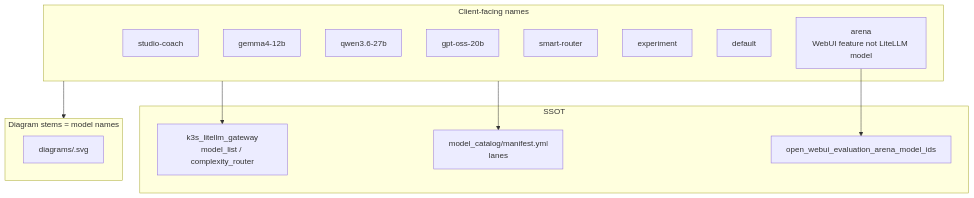
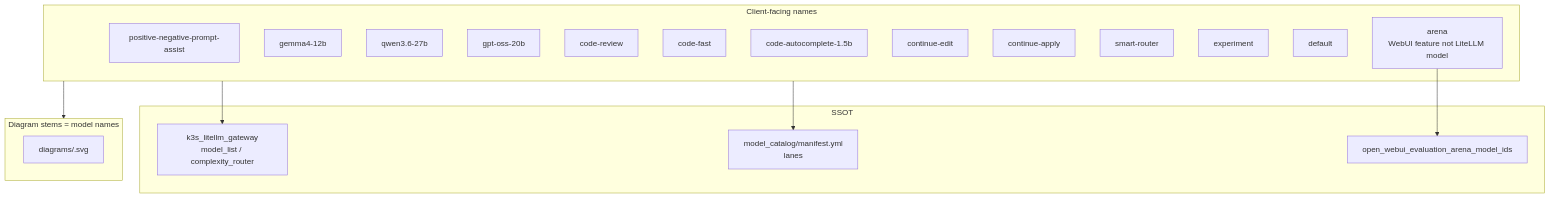
The third of 3 diagrams in docs/plans/2026-08-06--open-webui-litellm-model-route-diagrams-implemented/README.md (doesitscript/dotfile-vnext), drawn with Mermaid before and after one commit. The commit also changed other lines of this file and 69 other files, not shown here.

Commit message:
feat(ai-stack): add coding routes and rename prompt-assist lane

````diff
--- a/docs/plans/2026-08-06--open-webui-litellm-model-route-diagrams-implemented/README.md
+++ b/docs/plans/2026-08-06--open-webui-litellm-model-route-diagrams-implemented/README.md
@@ -242,28 +291,33 @@
 ```mermaid
 flowchart TB
   subgraph names["Client-facing names"]
-    n1["studio-coach"]
+    n1["positive-negative-prompt-assist"]
     n2["gemma4-12b"]
     n3["qwen3.6-27b"]
     n4["gpt-oss-20b"]
-    n5["smart-router"]
-    n6["experiment"]
-    n7["default"]
-    n8["arena\nWebUI feature not LiteLLM model"]
+    n5["code-review"]
+    n6["code-fast"]
+    n7["code-autocomplete-1.5b"]
+    n8["continue-edit"]
+    n9["continue-apply"]
+    n10["smart-router"]
+    n11["experiment"]
+    n12["default"]
+    n13["arena\nWebUI feature not LiteLLM model"]
   end
 
   subgraph ssot["SSOT"]
     helm["k3s_litellm_gateway\nmodel_list / complexity_router"]
     cat["model_catalog/manifest.yml\nlanes"]
     owui_cfg["open_webui_evaluation_arena_model_ids"]
   end
 
   subgraph diagram_stems["Diagram stems = model names"]
     d["diagrams/<model-name>.svg"]
   end
 
   names --> helm
   names --> cat
-  n8 --> owui_cfg
+  n13 --> owui_cfg
   names --> diagram_stems
 ```
````
